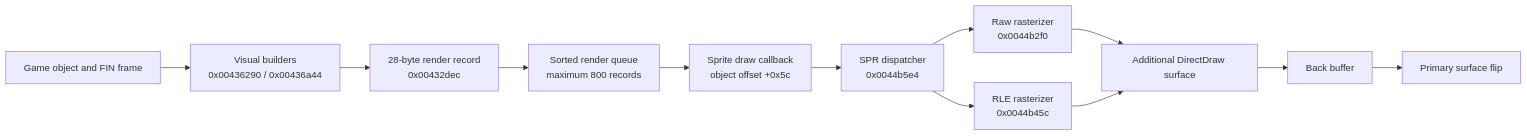
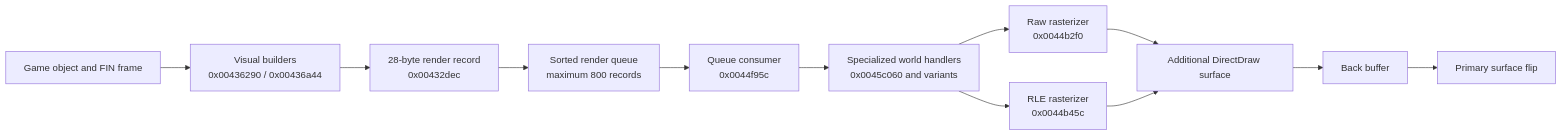
The diagram in docs/DC_EXE_FINDINGS.md (corepunch/open-rts), drawn with Mermaid before and after one commit. The commit also changed other lines of this file and 31 other files, not shown here.

````diff
--- a/docs/DC_EXE_FINDINGS.md
+++ b/docs/DC_EXE_FINDINGS.md
@@ -52,14 +52,14 @@
 ```mermaid
 flowchart LR
     A[Game object and FIN frame] --> B[Visual builders<br/>0x00436290 / 0x00436a44]
     B --> C[28-byte render record<br/>0x00432dec]
     C --> D[Sorted render queue<br/>maximum 800 records]
-    D --> E[Sprite draw callback<br/>object offset +0x5c]
-    E --> F[SPR dispatcher<br/>0x0044b5e4]
+   D --> E[Queue consumer<br/>0x0044f95c]
+   E --> F[Specialized world handlers<br/>0x0045c060 and variants]
     F --> G[Raw rasterizer<br/>0x0044b2f0]
     F --> H[RLE rasterizer<br/>0x0044b45c]
     G --> I[Additional DirectDraw surface]
     H --> I
     I --> J[Back buffer]
     J --> K[Primary surface flip]
 ```
````
